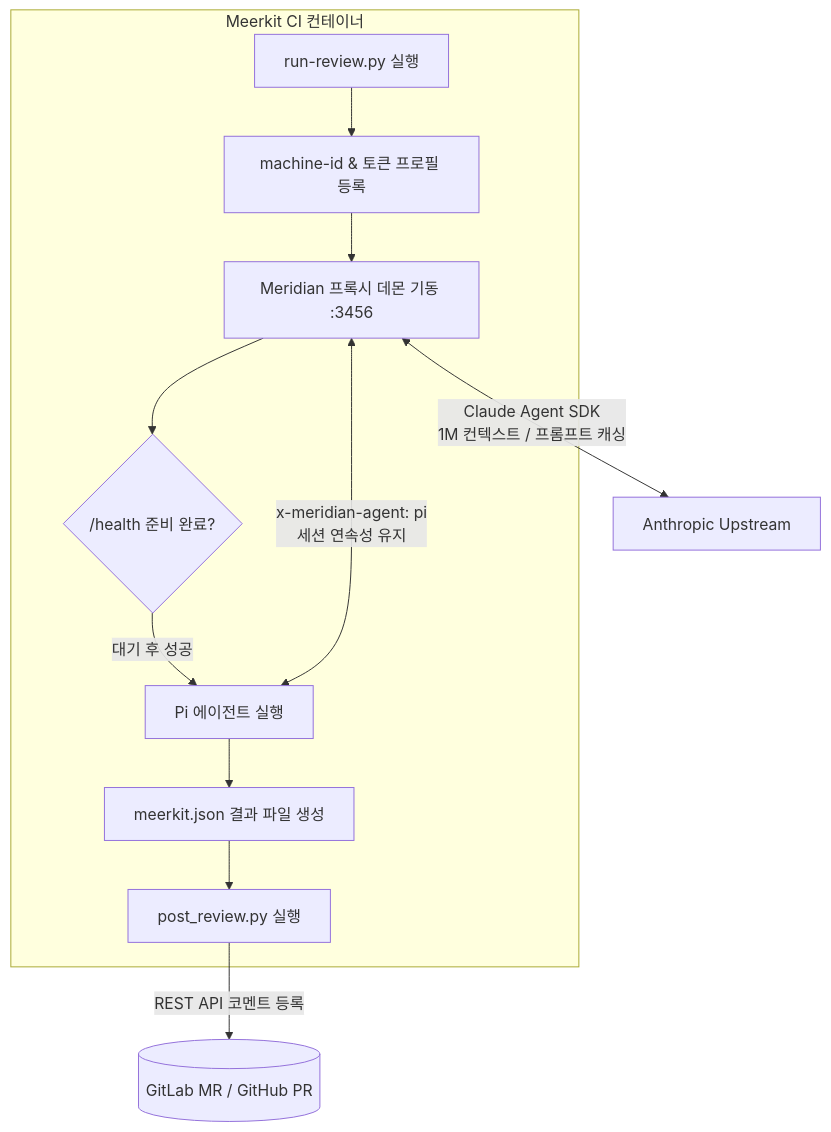
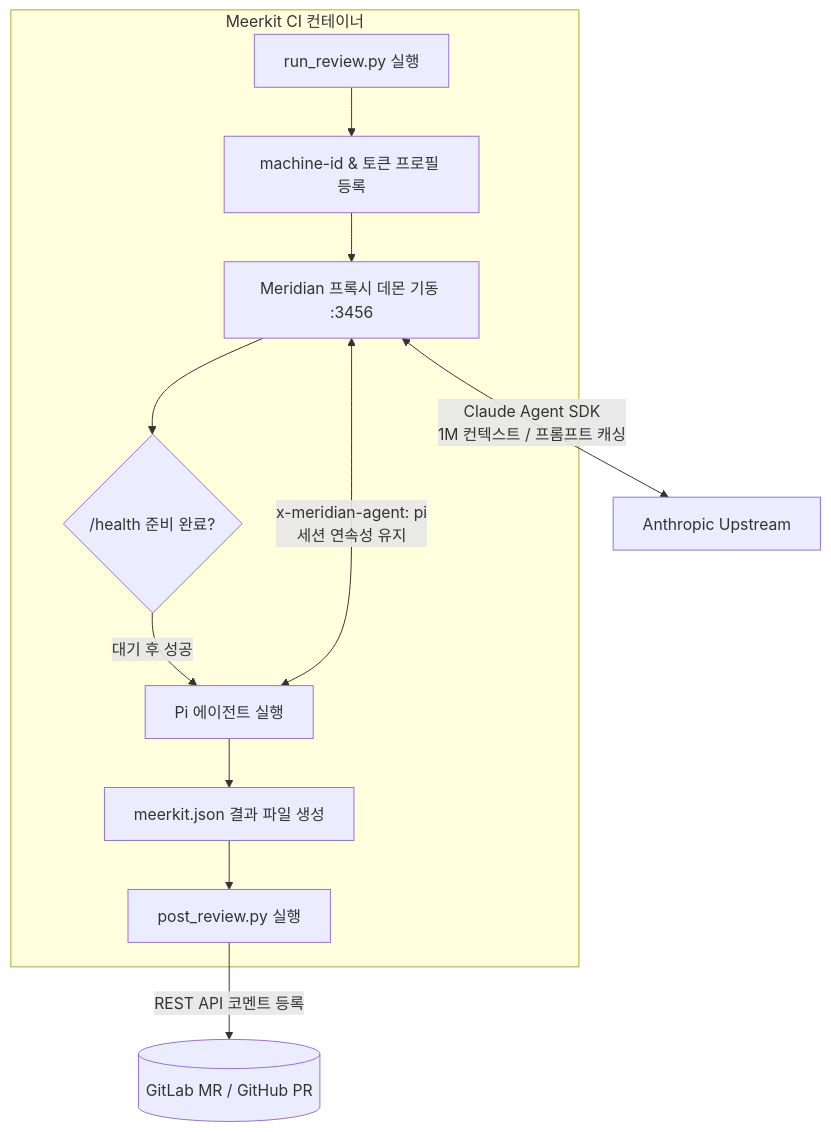
Before and after one commit to preinpost/meerkit: the diagram in README.md, drawn with Mermaid. The commit also changed other lines of this file and 11 other files, not shown here.

First line of the commit message:
refactor: 파일명 snake_case 통일(run_review.py) 및 GITLAB_TOKEN 환경변수명 통일

````diff
--- a/README.md
+++ b/README.md
@@ -13,14 +13,14 @@
 ```mermaid
 flowchart TD
     subgraph Container [Meerkit CI 컨테이너]
-        Entry[run-review.py 실행] --> Init[machine-id & 토큰 프로필 등록]
+        Entry[run_review.py 실행] --> Init[machine-id & 토큰 프로필 등록]
         Init --> ProxyDaemon[Meridian 프록시 데몬 기동 :3456]
         ProxyDaemon --> HealthCheck{/health 준비 완료?}
         HealthCheck -- 대기 후 성공 --> Agent[Pi 에이전트 실행]
         Agent <-->|x-meridian-agent: pi\n세션 연속성 유지| ProxyDaemon
         Agent --> Report[meerkit.json 결과 파일 생성]
         Report --> Post[post_review.py 실행]
     end
     ProxyDaemon <-->|Claude Agent SDK\n1M 컨텍스트 / 프롬프트 캐싱| ClaudeAPI[Anthropic Upstream]
     Post -->|REST API 코멘트 등록| Forge[(GitLab MR / GitHub PR)]
 ```
````
